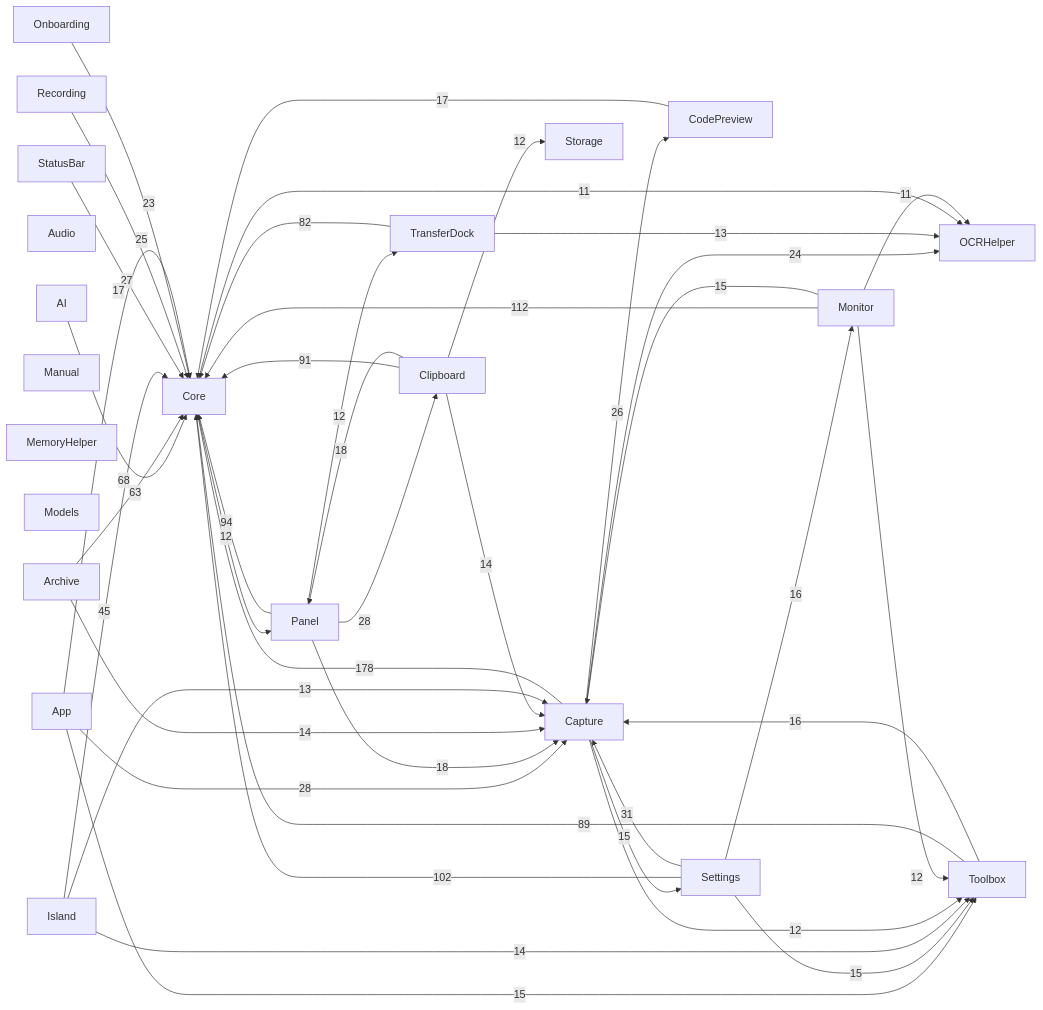
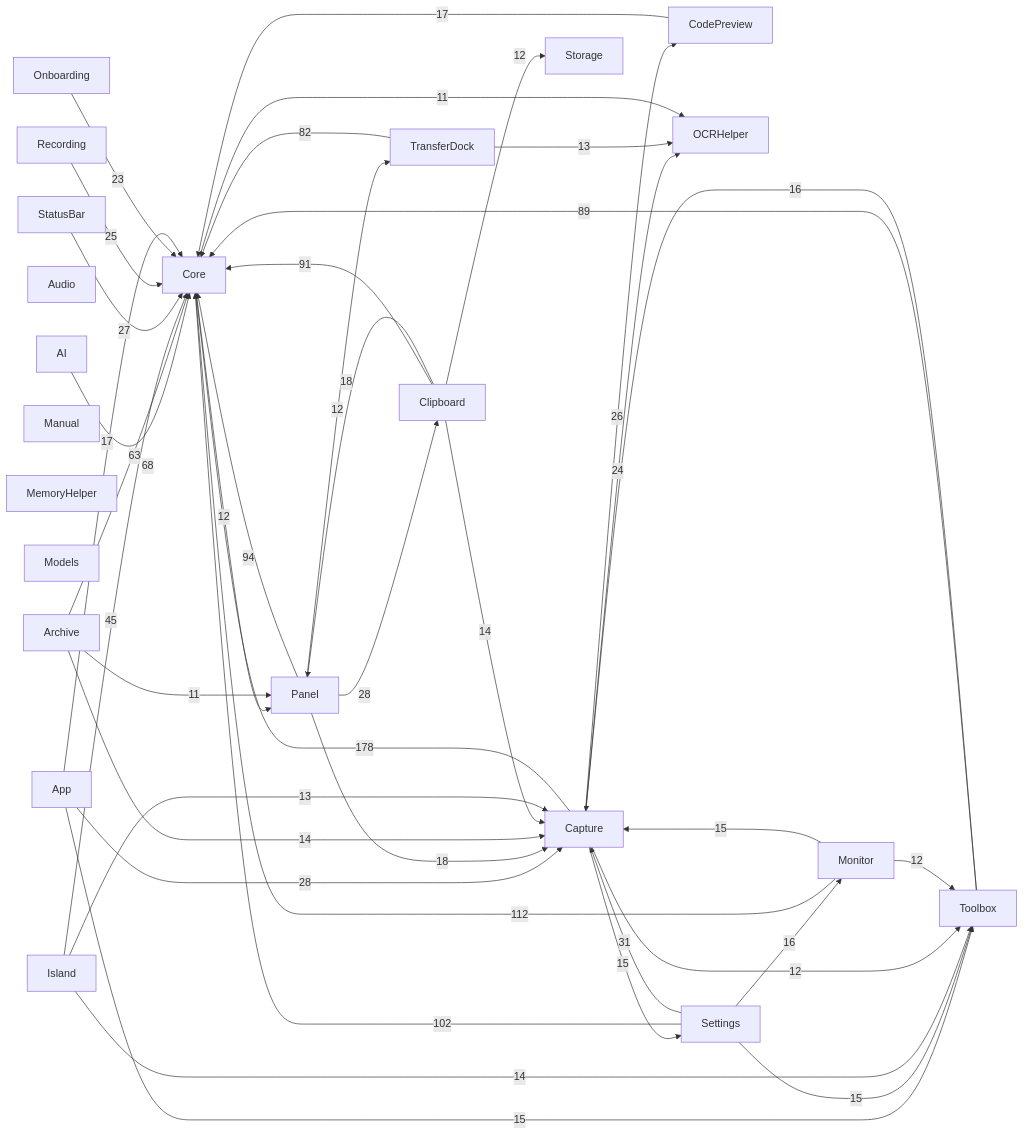
The diagram in docs/00-总览/模块依赖图.md (sxyq/Kitnest), drawn with Mermaid before and after one commit. The commit also changed other lines of this file and 3 other files, not shown here.

First line of the commit message:
docs(monitor): 同步温度共用与图表定位函数资料

````diff
--- a/docs/00-总览/模块依赖图.md
+++ b/docs/00-总览/模块依赖图.md
@@ -36,65 +36,65 @@
 ```mermaid
 flowchart LR
   M0["AI"]
   M1["App"]
   M2["Archive"]
   M3["Audio"]
   M4["Capture"]
   M5["Clipboard"]
   M6["CodePreview"]
   M7["Core"]
   M8["Island"]
   M9["Manual"]
   M10["MemoryHelper"]
   M11["Models"]
   M12["Monitor"]
   M13["OCRHelper"]
   M14["Onboarding"]
   M15["Panel"]
   M16["Recording"]
   M17["Settings"]
   M18["StatusBar"]
   M19["Storage"]
   M20["Toolbox"]
   M21["TransferDock"]
   M4 -->|178| M7
   M12 -->|112| M7
   M17 -->|102| M7
   M15 -->|94| M7
   M5 -->|91| M7
   M20 -->|89| M7
   M21 -->|82| M7
   M0 -->|68| M7
   M2 -->|63| M7
   M8 -->|45| M7
   M17 -->|31| M4
   M1 -->|28| M4
   M15 -->|28| M5
   M18 -->|27| M7
   M4 -->|26| M6
   M16 -->|25| M7
   M4 -->|24| M13
   M14 -->|23| M7
   M15 -->|18| M4
   M5 -->|18| M15
   M1 -->|17| M7
   M6 -->|17| M7
   M17 -->|16| M12
   M20 -->|16| M4
   M1 -->|15| M20
   M17 -->|15| M20
   M4 -->|15| M17
   M12 -->|15| M4
   M2 -->|14| M4
   M8 -->|14| M20
   M5 -->|14| M4
   M8 -->|13| M4
   M21 -->|13| M13
   M7 -->|12| M15
   M4 -->|12| M20
   M12 -->|12| M20
   M15 -->|12| M21
   M5 -->|12| M19
   M7 -->|11| M13
-  M12 -->|11| M13
+  M2 -->|11| M15
 ```
````
